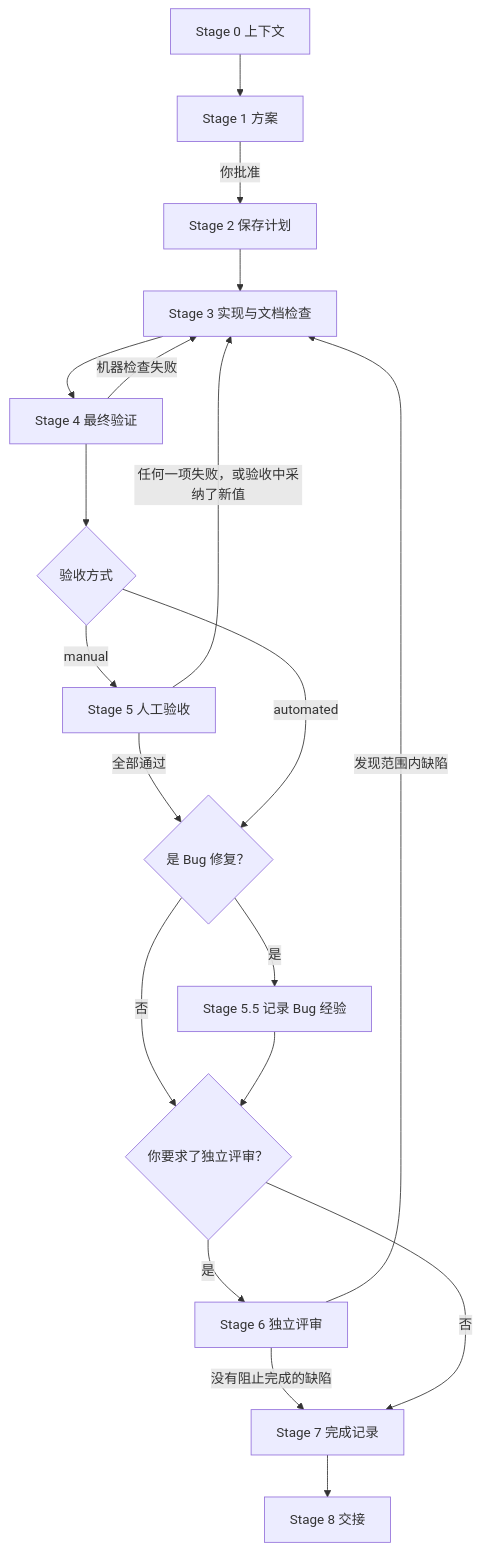
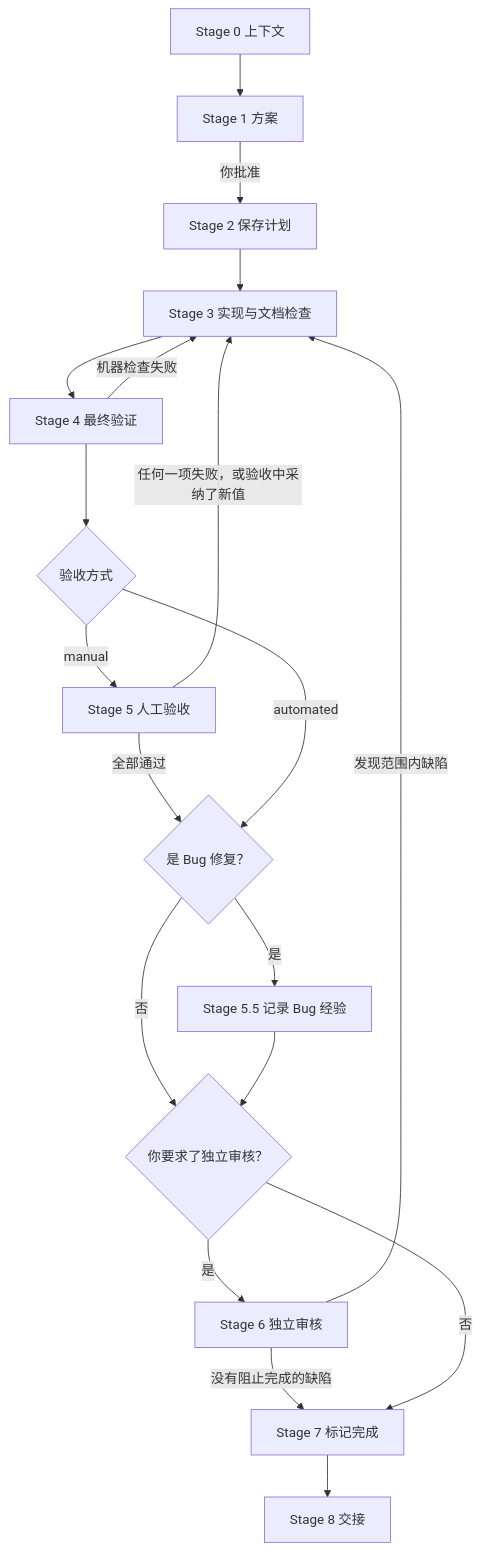
Before and after one commit to yxy823/Game_idle_yaya_frame: the diagram in framework/godot-project-manual/requirements-and-tasks/feature-lifecycle.md, drawn with Mermaid. The commit also changed other lines of this file and 111 other files, not shown here.

````diff
--- a/framework/godot-project-manual/requirements-and-tasks/feature-lifecycle.md
+++ b/framework/godot-project-manual/requirements-and-tasks/feature-lifecycle.md
@@ -45,24 +45,24 @@
 ```mermaid
 flowchart TD
     s0["Stage 0 上下文"] --> s1["Stage 1 方案"]
     s1 -->|你批准| s2["Stage 2 保存计划"]
     s2 --> s3["Stage 3 实现与文档检查"]
     s3 --> s4["Stage 4 最终验证"]
     s4 -->|机器检查失败| s3
     s4 --> mode{"验收方式"}
     mode -->|manual| s5["Stage 5 人工验收"]
     s5 -->|任何一项失败，或验收中采纳了新值| s3
     bug{"是 Bug 修复？"}
     s5 -->|全部通过| bug
     mode -->|automated| bug
     bug -->|是| s55["Stage 5.5 记录 Bug 经验"]
-    review{"你要求了独立评审？"}
+    review{"你要求了独立审核？"}
     bug -->|否| review
     s55 --> review
-    review -->|是| s6["Stage 6 独立评审"]
+    review -->|是| s6["Stage 6 独立审核"]
     s6 -->|发现范围内缺陷| s3
-    s7["Stage 7 完成记录"]
+    s7["Stage 7 标记完成"]
     s6 -->|没有阻止完成的缺陷| s7
     review -->|否| s7
     s7 --> s8["Stage 8 交接"]
 ```
````
